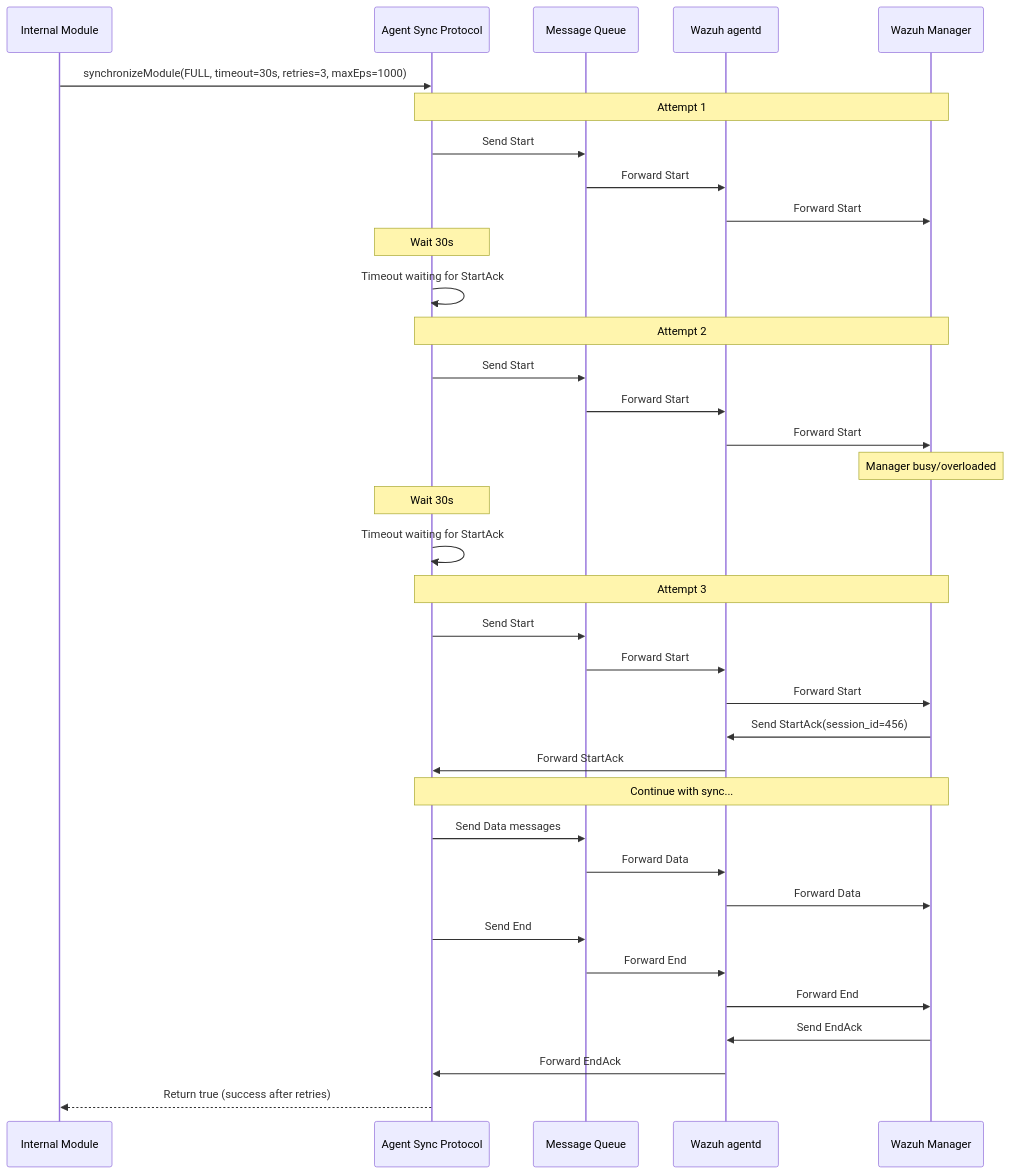
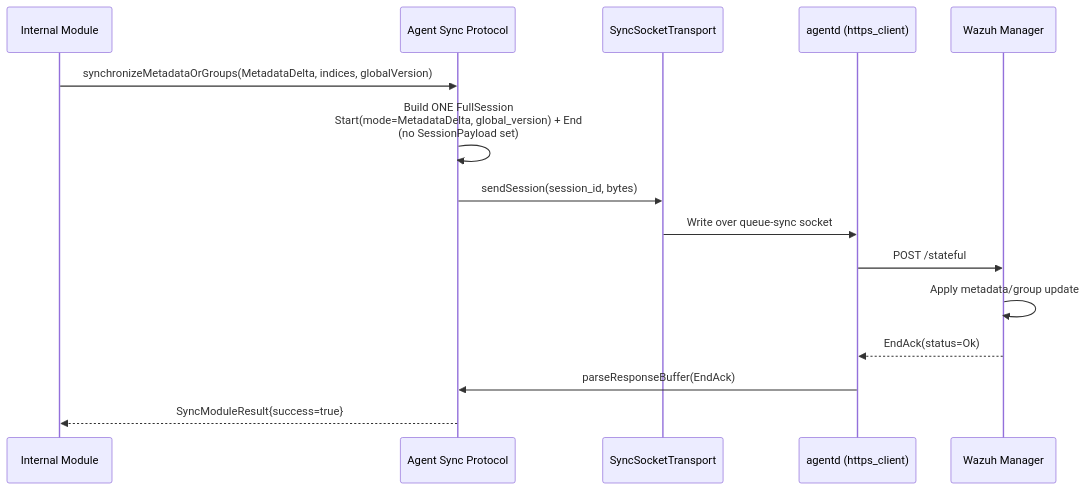
The sixth of 12 diagrams in docs/ref/modules/utils/sync-protocol/sequence-diagrams.md (wazuh/wazuh), drawn with Mermaid before and after one commit. The commit also changed other lines of this file and 9 other files, not shown here.

Commit message:
refactor(sync-protocol): fold FullSession's four payload vectors into one union

````diff
--- a/docs/ref/modules/utils/sync-protocol/sequence-diagrams.md
+++ b/docs/ref/modules/utils/sync-protocol/sequence-diagrams.md
@@ -204,44 +145,21 @@
 ```mermaid
 sequenceDiagram
     participant Module as Internal Module
     participant ASP as Agent Sync Protocol
-    participant MQ as Message Queue
-    participant AD as Wazuh agentd
+    participant Transport as SyncSocketTransport
+    participant AD as agentd (https_client)
     participant Manager as Wazuh Manager
 
-    Module->>ASP: synchronizeModule(FULL, timeout=30s, retries=3, maxEps=1000)
+    Module->>ASP: synchronizeMetadataOrGroups(MetadataDelta, indices, globalVersion)
 
-    Note over ASP,Manager: Attempt 1
-    ASP->>MQ: Send Start
-    MQ->>AD: Forward Start
-    AD->>Manager: Forward Start
-    Note over ASP: Wait 30s
-    ASP->>ASP: Timeout waiting for StartAck
+    ASP->>ASP: Build ONE FullSession<br/>Start(mode=MetadataDelta, global_version) + End<br/>(no SessionPayload set)
+    ASP->>Transport: sendSession(session_id, bytes)
+    Transport->>AD: Write over queue-sync socket
+    AD->>Manager: POST /stateful
 
-    Note over ASP,Manager: Attempt 2
-    ASP->>MQ: Send Start
-    MQ->>AD: Forward Start
-    AD->>Manager: Forward Start
-    Note over Manager: Manager busy/overloaded
-    Note over ASP: Wait 30s
-    ASP->>ASP: Timeout waiting for StartAck
+    Manager->>Manager: Apply metadata/group update
 
-    Note over ASP,Manager: Attempt 3
-    ASP->>MQ: Send Start
-    MQ->>AD: Forward Start
-    AD->>Manager: Forward Start
-    Manager->>AD: Send StartAck(session_id=456)
-    AD->>ASP: Forward StartAck
-
-    Note over ASP,Manager: Continue with sync...
-    ASP->>MQ: Send Data messages
-    MQ->>AD: Forward Data
-    AD->>Manager: Forward Data
-    ASP->>MQ: Send End
-    MQ->>AD: Forward End
-    AD->>Manager: Forward End
-    Manager->>AD: Send EndAck
-    AD->>ASP: Forward EndAck
-
-    ASP-->>Module: Return true (success after retries)
+    Manager-->>AD: EndAck(status=Ok)
+    AD->>ASP: parseResponseBuffer(EndAck)
+    ASP-->>Module: SyncModuleResult{success=true}
 ```
````
